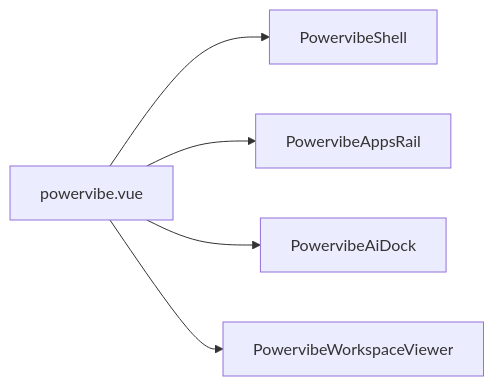
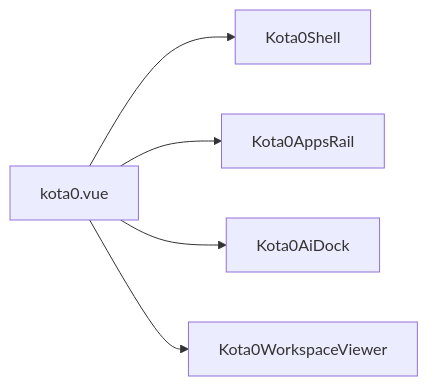
One commit to thoughtpivot/kota0 changed the third of 4 diagrams in README.md. Above: the diagram before and after it, drawn with Mermaid. The commit also changed other lines of this file and 255 other files, not shown here.

````diff
--- a/README.md
+++ b/README.md
@@ -223,12 +223,12 @@
 ```mermaid
 flowchart LR
-  Root[powervibe.vue]
-  Shell[PowervibeShell]
-  Rail[PowervibeAppsRail]
-  AiDock[PowervibeAiDock]
-  Viewer[PowervibeWorkspaceViewer]
+  Root[kota0.vue]
+  Shell[Kota0Shell]
+  Rail[Kota0AppsRail]
+  AiDock[Kota0AiDock]
+  Viewer[Kota0WorkspaceViewer]
   Root --> Shell
   Root --> Rail
   Root --> AiDock
   Root --> Viewer
 ```
````
